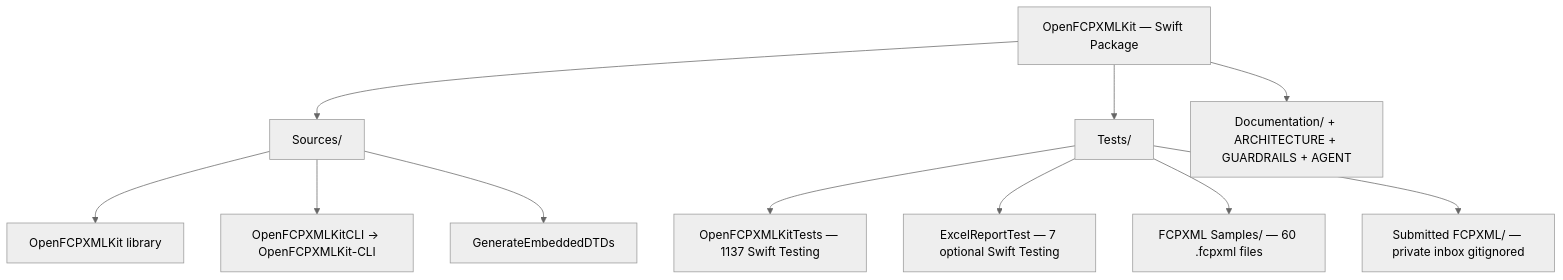
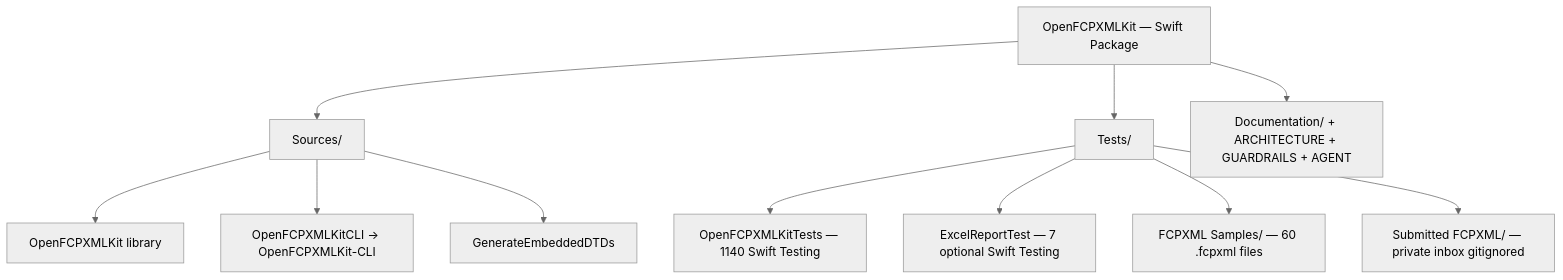
Before and after one commit to TheAcharya/OpenFCPXMLKit: the first of 6 diagrams in ARCHITECTURE.md, drawn with Mermaid (neutral theme). The commit also changed other lines of this file and 22 other files, not shown here.

````diff
--- a/ARCHITECTURE.md
+++ b/ARCHITECTURE.md
@@ -211,17 +213,17 @@
 ```mermaid
 flowchart TB
     Pkg["OpenFCPXMLKit — Swift Package"]
 
     Pkg --> SRC["Sources/"]
     Pkg --> TST["Tests/"]
     Pkg --> DOC["Documentation/ + ARCHITECTURE + GUARDRAILS + AGENT"]
 
     SRC --> LIB["OpenFCPXMLKit library"]
     SRC --> CLI["OpenFCPXMLKitCLI → OpenFCPXMLKit-CLI"]
     SRC --> GEN["GenerateEmbeddedDTDs"]
 
-    TST --> OKT["OpenFCPXMLKitTests — 1137 Swift Testing"]
+    TST --> OKT["OpenFCPXMLKitTests — 1140 Swift Testing"]
     TST --> ERT["ExcelReportTest — 7 optional Swift Testing"]
     TST --> SMP["FCPXML Samples/ — 60 .fcpxml files"]
     TST --> SUB["Submitted FCPXML/ — private inbox gitignored"]
 ```
````
